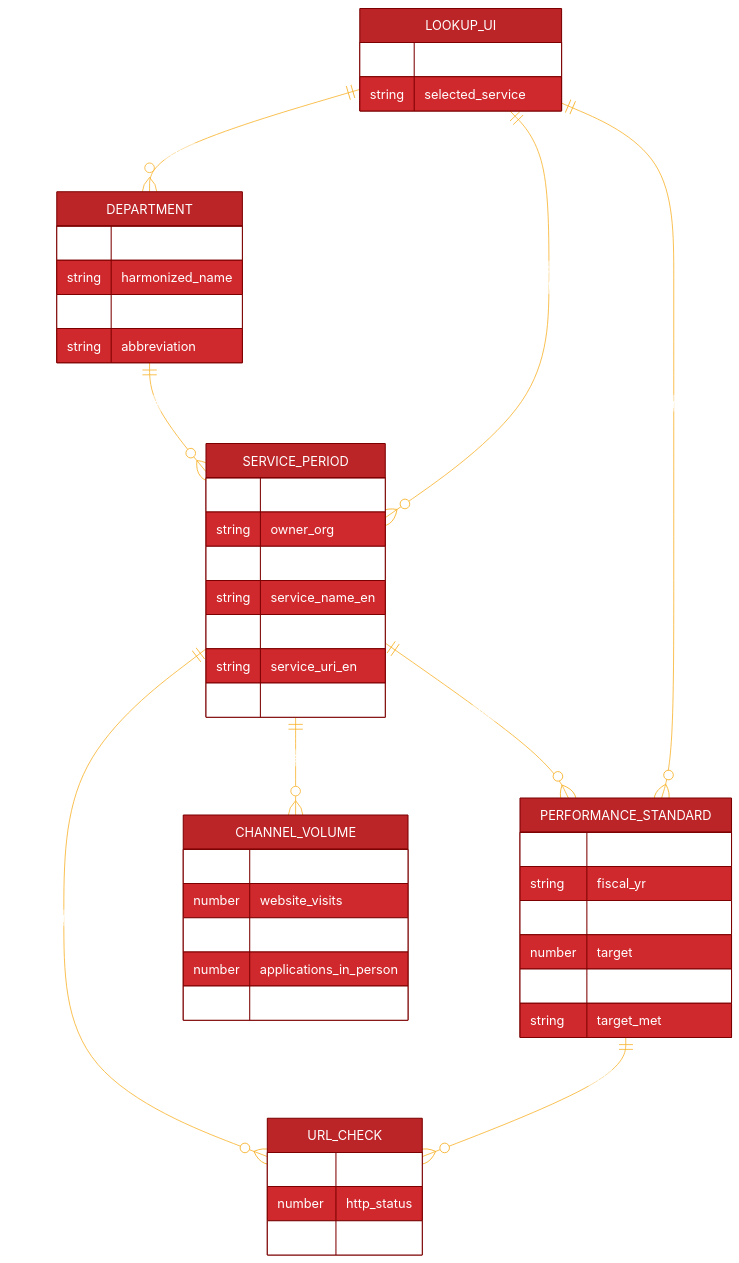
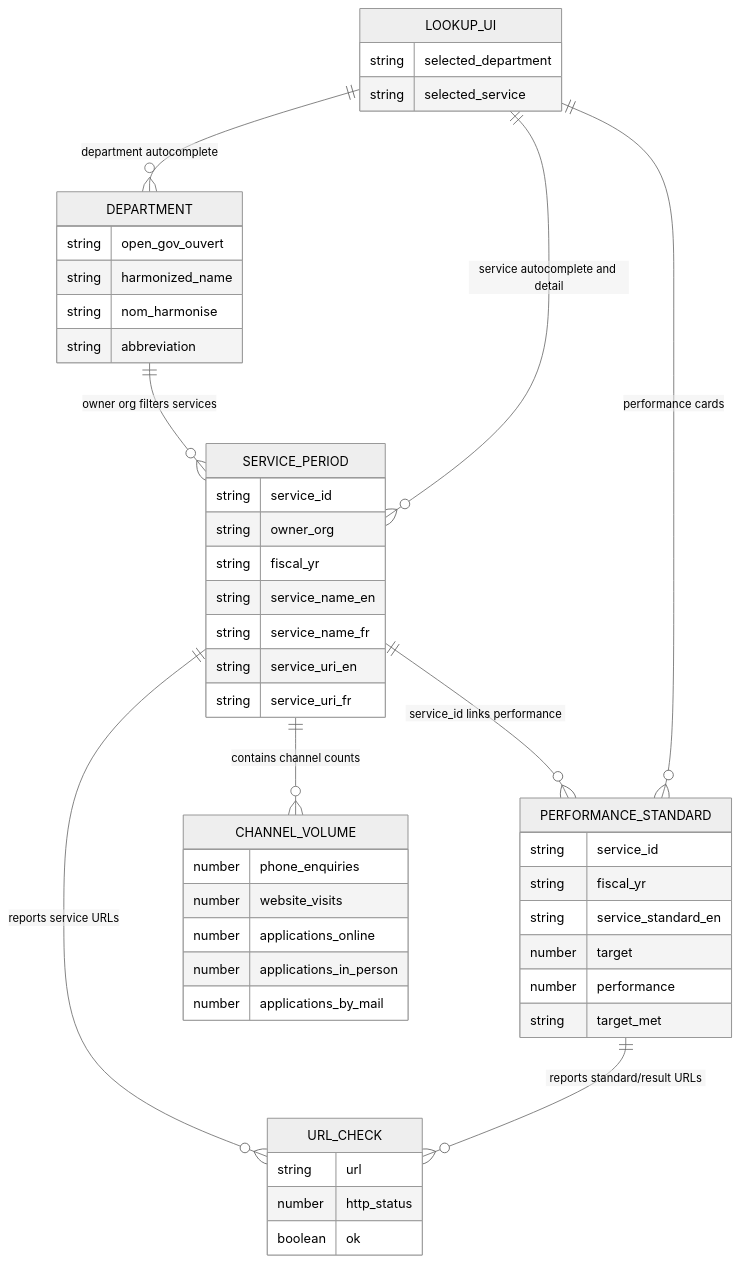
The second of 3 diagrams in _posts/2026-06-16-OpenDataForDataProducts.md (PatLittle/PatLittle.github.io), drawn with Mermaid before and after one commit. The commit also changed other lines of this file, not shown here.

````diff
--- a/_posts/2026-06-16-OpenDataForDataProducts.md
+++ b/_posts/2026-06-16-OpenDataForDataProducts.md
@@ -163,62 +163,55 @@
 ```mermaid
 ---
 config:
-  theme: 'base'
-  themeVariables:
-    primaryColor: '#BB2528'
-    primaryTextColor: '#fff'
-    primaryBorderColor: '#7C0000'
-    lineColor: '#F8B229'
-    secondaryColor: '#006100'
-    tertiaryColor: '#fff'
+  theme: 'neutral'
 ---
 erDiagram
     DEPARTMENT ||--o{ SERVICE_PERIOD : "owner org filters services"
     SERVICE_PERIOD ||--o{ PERFORMANCE_STANDARD : "service_id links performance"
     SERVICE_PERIOD ||--o{ CHANNEL_VOLUME : "contains channel counts"
     SERVICE_PERIOD ||--o{ URL_CHECK : "reports service URLs"
     PERFORMANCE_STANDARD ||--o{ URL_CHECK : "reports standard/result URLs"
     LOOKUP_UI ||--o{ DEPARTMENT : "department autocomplete"
     LOOKUP_UI ||--o{ SERVICE_PERIOD : "service autocomplete and detail"
     LOOKUP_UI ||--o{ PERFORMANCE_STANDARD : "performance cards"
 
     DEPARTMENT {
       string open_gov_ouvert
       string harmonized_name
       string nom_harmonise
       string abbreviation
     }
     SERVICE_PERIOD {
       string service_id
       string owner_org
       string fiscal_yr
       string service_name_en
       string service_name_fr
       string service_uri_en
       string service_uri_fr
     }
     CHANNEL_VOLUME {
       number phone_enquiries
       number website_visits
       number applications_online
       number applications_in_person
       number applications_by_mail
     }
     PERFORMANCE_STANDARD {
       string service_id
       string fiscal_yr
       string service_standard_en
       number target
       number performance
       string target_met
     }
     URL_CHECK {
       string url
       number http_status
       boolean ok
     }
     LOOKUP_UI {
       string selected_department
       string selected_service
     }
 ```
````
